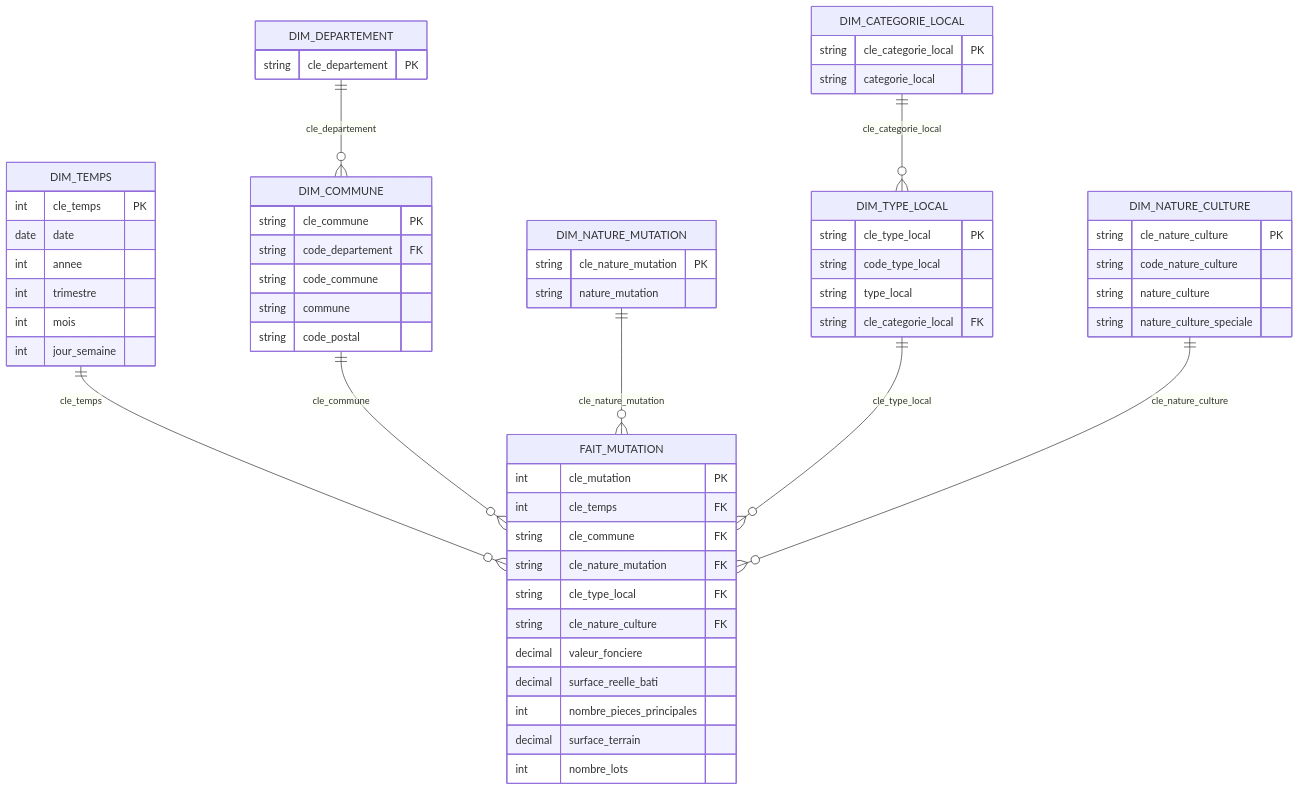
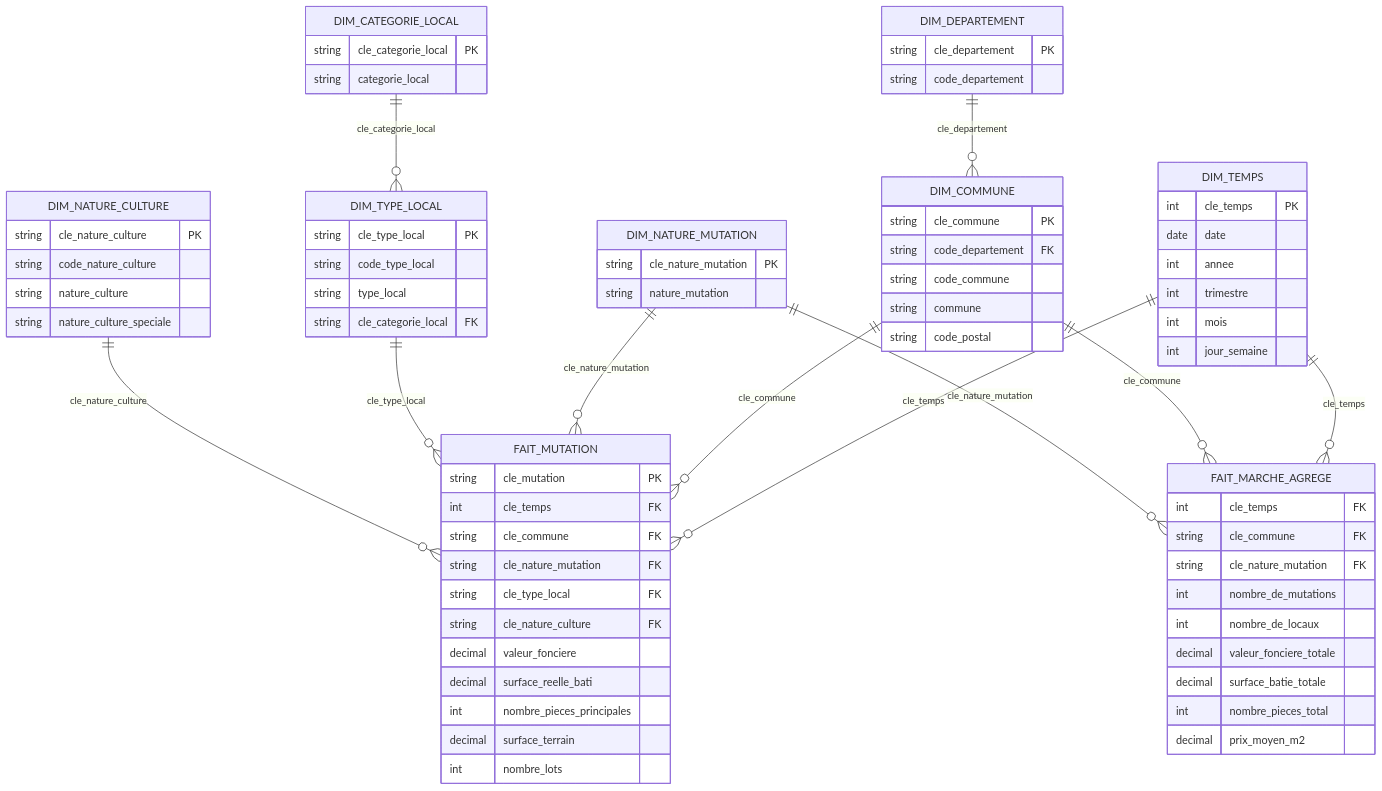
One commit to Remi-Petit/Projet_Solaris_EFREI changed the diagram in MODELE_DATAMART.md. Above: the diagram before and after it, drawn with Mermaid. The commit also changed other lines of this file, not shown here.

Commit message:
Refactor Datamart DVF 2025 documentation: update model description, enhance schema details, and clarify transformation processes

````diff
--- a/MODELE_DATAMART.md
+++ b/MODELE_DATAMART.md
@@ -9,62 +14,77 @@
 ```mermaid
 erDiagram
     DIM_TEMPS            ||--o{ FAIT_MUTATION : "cle_temps"
+    DIM_TEMPS            ||--o{ FAIT_MARCHE_AGREGE : "cle_temps"
     DIM_COMMUNE          ||--o{ FAIT_MUTATION : "cle_commune"
+    DIM_COMMUNE          ||--o{ FAIT_MARCHE_AGREGE : "cle_commune"
     DIM_NATURE_MUTATION  ||--o{ FAIT_MUTATION : "cle_nature_mutation"
+    DIM_NATURE_MUTATION  ||--o{ FAIT_MARCHE_AGREGE : "cle_nature_mutation"
     DIM_TYPE_LOCAL       ||--o{ FAIT_MUTATION : "cle_type_local"
     DIM_NATURE_CULTURE   ||--o{ FAIT_MUTATION : "cle_nature_culture"
     DIM_DEPARTEMENT      ||--o{ DIM_COMMUNE : "cle_departement"
     DIM_CATEGORIE_LOCAL  ||--o{ DIM_TYPE_LOCAL : "cle_categorie_local"
 
     FAIT_MUTATION {
-        int    cle_mutation PK
+        string cle_mutation PK
         int    cle_temps FK
         string cle_commune FK
         string cle_nature_mutation FK
         string cle_type_local FK
         string cle_nature_culture FK
         decimal valeur_fonciere
         decimal surface_reelle_bati
         int    nombre_pieces_principales
         decimal surface_terrain
         int    nombre_lots
     }
+    FAIT_MARCHE_AGREGE {
+        int    cle_temps FK
+        string cle_commune FK
+        string cle_nature_mutation FK
+        int    nombre_de_mutations
+        int    nombre_de_locaux
+        decimal valeur_fonciere_totale
+        decimal surface_batie_totale
+        int    nombre_pieces_total
+        decimal prix_moyen_m2
+    }
     DIM_DEPARTEMENT {
         string cle_departement PK
+        string code_departement
     }
     DIM_COMMUNE {
         string cle_commune PK
         string code_departement FK
         string code_commune
         string commune
         string code_postal
     }
     DIM_TEMPS {
         int    cle_temps PK
         date   date
         int    annee
         int    trimestre
         int    mois
         int    jour_semaine
     }
     DIM_CATEGORIE_LOCAL {
         string cle_categorie_local PK
         string categorie_local
     }
     DIM_TYPE_LOCAL {
         string cle_type_local PK
         string code_type_local
         string type_local
         string cle_categorie_local FK
     }
     DIM_NATURE_MUTATION {
         string cle_nature_mutation PK
         string nature_mutation
     }
     DIM_NATURE_CULTURE {
         string cle_nature_culture PK
         string code_nature_culture
         string nature_culture
         string nature_culture_speciale
     }
 ```
````
